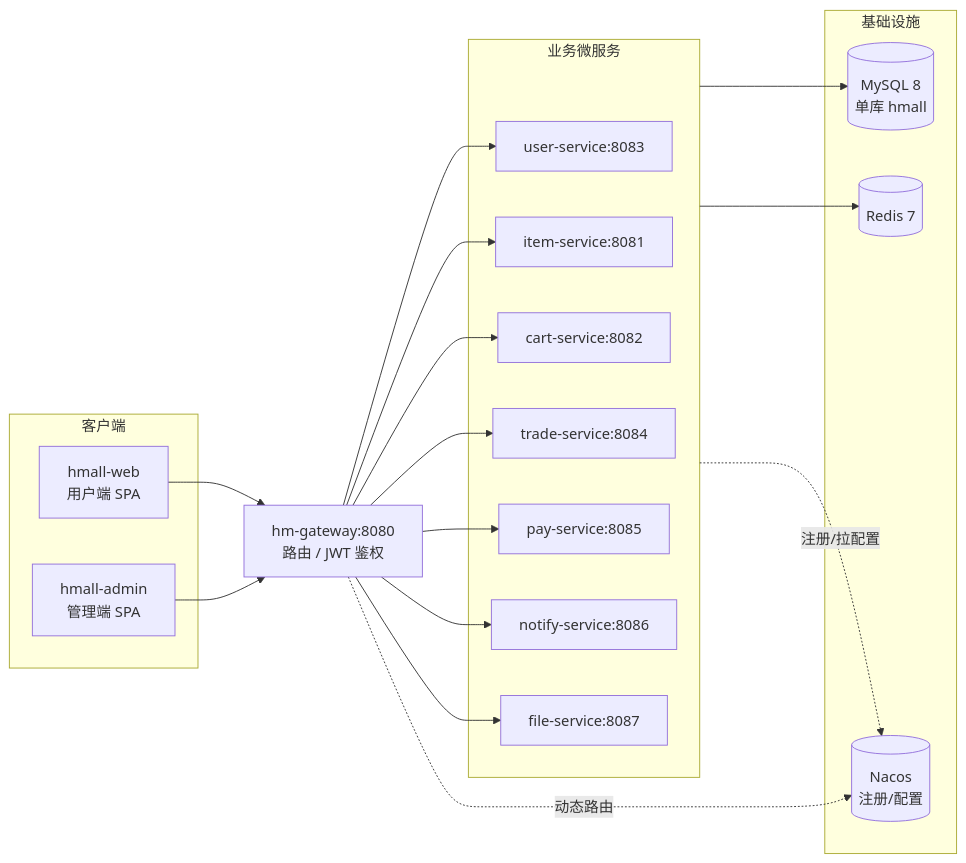
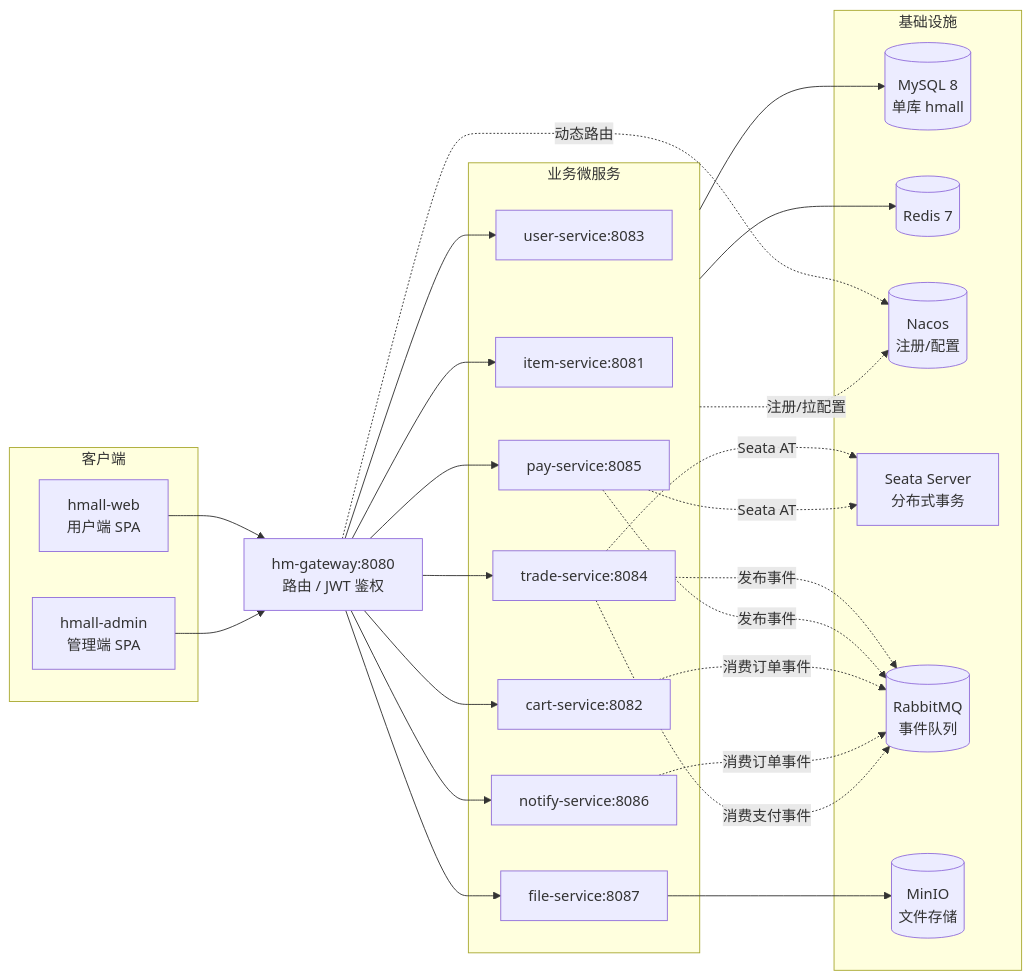
One commit to 3219378872/web-dev-experiment changed the diagram in docs/structure/README.md. Above: the diagram before and after it, drawn with Mermaid. The commit also changed other lines of this file and 4 other files, not shown here.

First line of the commit message:
docs: update structure diagrams for Seata/RabbitMQ/MinIO integration

````diff
--- a/docs/structure/README.md
+++ b/docs/structure/README.md
@@ -18,33 +18,41 @@
 ```mermaid
 flowchart LR
     subgraph Client[客户端]
         Web[hmall-web<br/>用户端 SPA]
         Admin[hmall-admin<br/>管理端 SPA]
     end
 
     GW[hm-gateway:8080<br/>路由 / JWT 鉴权]
 
     subgraph Services[业务微服务]
         US[user-service:8083]
         IS[item-service:8081]
         CS[cart-service:8082]
         TS[trade-service:8084]
         PS[pay-service:8085]
         NS[notify-service:8086]
         FS[file-service:8087]
     end
 
     subgraph Infra[基础设施]
         DB[(MySQL 8<br/>单库 hmall)]
         Redis[(Redis 7)]
         Nacos[(Nacos<br/>注册/配置)]
+        Seata[Seata Server<br/>分布式事务]
+        RabbitMQ[(RabbitMQ<br/>事件队列)]
+        MinIO[(MinIO<br/>文件存储)]
     end
 
     Web --> GW
     Admin --> GW
     GW --> US & IS & CS & TS & PS & NS & FS
     Services --> DB
     Services --> Redis
     Services -.注册/拉配置.-> Nacos
     GW -.动态路由.-> Nacos
+    TS & PS -.Seata AT.-> Seata
+    TS & PS -.发布事件.-> RabbitMQ
+    CS & NS -.消费订单事件.-> RabbitMQ
+    TS -.消费支付事件.-> RabbitMQ
+    FS --> MinIO
 ```
````
